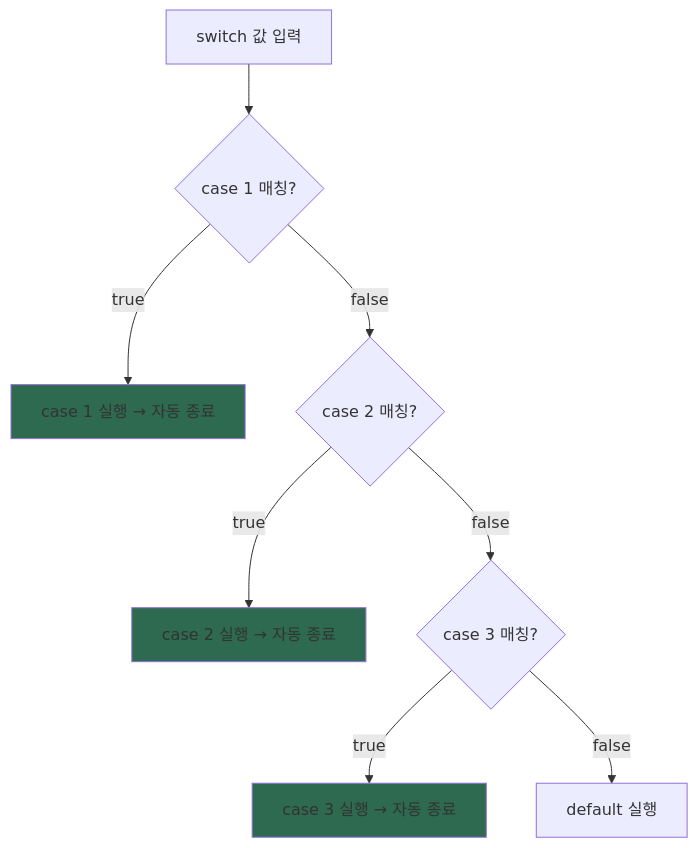
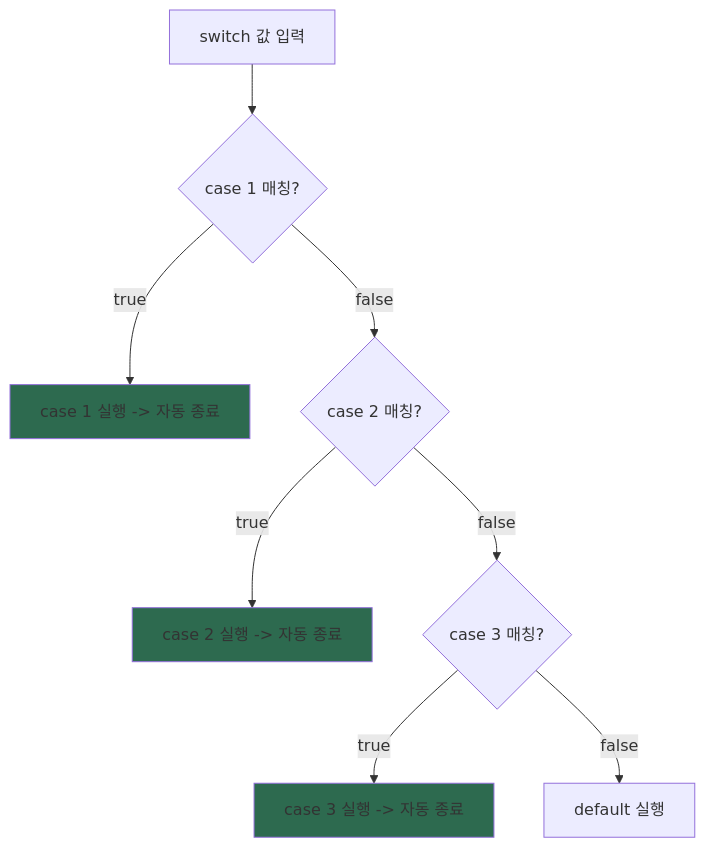
One commit to jsonpassion/forge-tutorial-swift changed the fourth of 4 diagrams in 01-swift-basics/04-control-flow.md. Above: the diagram before and after it, drawn with Mermaid. The commit also changed other lines of this file and 69 other files, not shown here.

````diff
--- a/01-swift-basics/04-control-flow.md
+++ b/01-swift-basics/04-control-flow.md
@@ -148,13 +148,13 @@
 ```mermaid
 flowchart TD
     A["switch 값 입력"] --> B{"case 1 매칭?"}
-    B -->|true| C["case 1 실행 → 자동 종료"]
+    B -->|true| C["case 1 실행 -> 자동 종료"]
     B -->|false| D{"case 2 매칭?"}
-    D -->|true| E["case 2 실행 → 자동 종료"]
+    D -->|true| E["case 2 실행 -> 자동 종료"]
     D -->|false| F{"case 3 매칭?"}
-    F -->|true| G["case 3 실행 → 자동 종료"]
+    F -->|true| G["case 3 실행 -> 자동 종료"]
     F -->|false| H["default 실행"]
     style C fill:#2d6a4f
     style E fill:#2d6a4f
     style G fill:#2d6a4f
 ```
````
